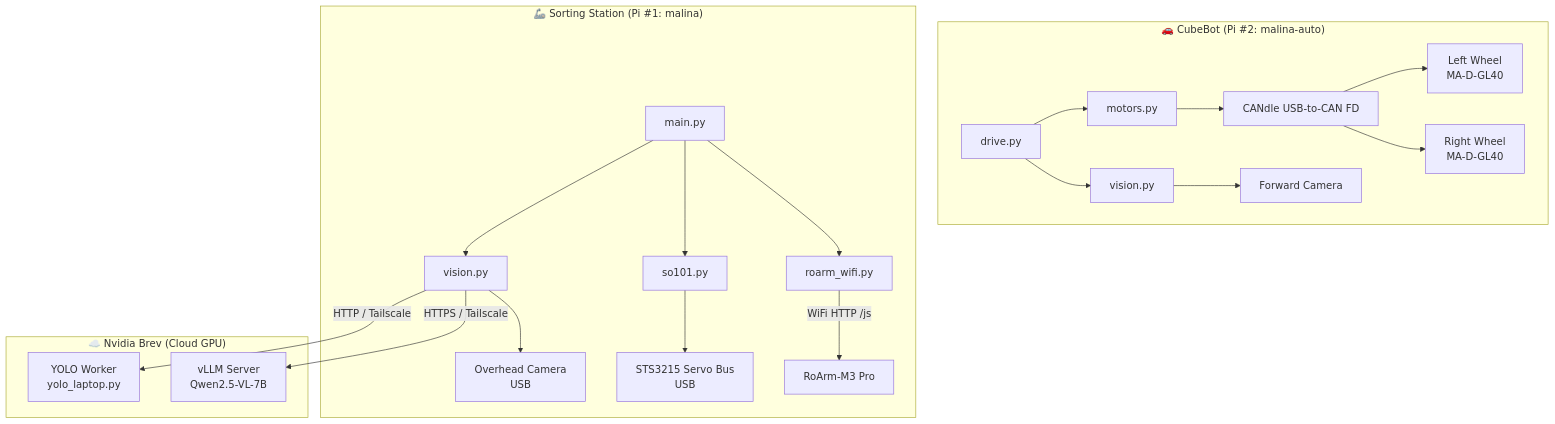
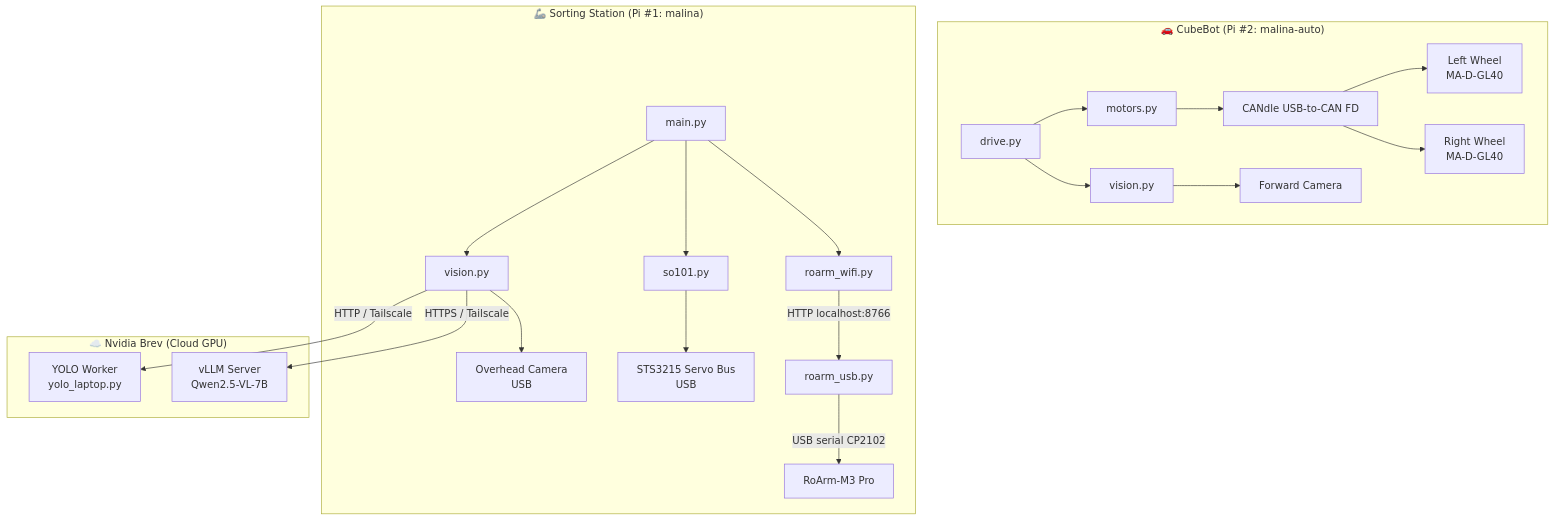
The diagram in ARCHITECTURE.md (Ale-Jez/Hackengersi), drawn with Mermaid before and after one commit. The commit also changed other lines of this file and 5 other files, not shown here.

````diff
--- a/ARCHITECTURE.md
+++ b/ARCHITECTURE.md
@@ -7,28 +7,29 @@
 ```mermaid
 graph TB
     subgraph CubeBot["🚗 CubeBot (Pi #2: malina-auto)"]
         D[drive.py] --> M[motors.py]
         D --> V2[vision.py]
         M --> CAN[CANdle USB-to-CAN FD]
         CAN --> L[Left Wheel<br>MA-D-GL40]
         CAN --> R[Right Wheel<br>MA-D-GL40]
         V2 --> CAM2[Forward Camera]
     end
 
     subgraph Station["🦾 Sorting Station (Pi #1: malina)"]
         MAIN[main.py] --> ROARM[roarm_wifi.py]
         MAIN --> SO[so101.py]
         MAIN --> VIS[vision.py]
+        USB_BR[roarm_usb.py] -->|USB serial CP2102| ARM[RoArm-M3 Pro]
+        ROARM -->|HTTP localhost:8766| USB_BR
         SO --> STS[STS3215 Servo Bus<br>USB]
         VIS --> CAM1[Overhead Camera<br>USB]
-        ROARM -->|WiFi HTTP /js| ARM[RoArm-M3 Pro]
     end
 
     subgraph Brev["☁️ Nvidia Brev (Cloud GPU)"]
         VLLM[vLLM Server<br>Qwen2.5-VL-7B]
         YOLO[YOLO Worker<br>yolo_laptop.py]
     end
 
     VIS -->|HTTPS / Tailscale| VLLM
     VIS -->|HTTP / Tailscale| YOLO
 ```
````
